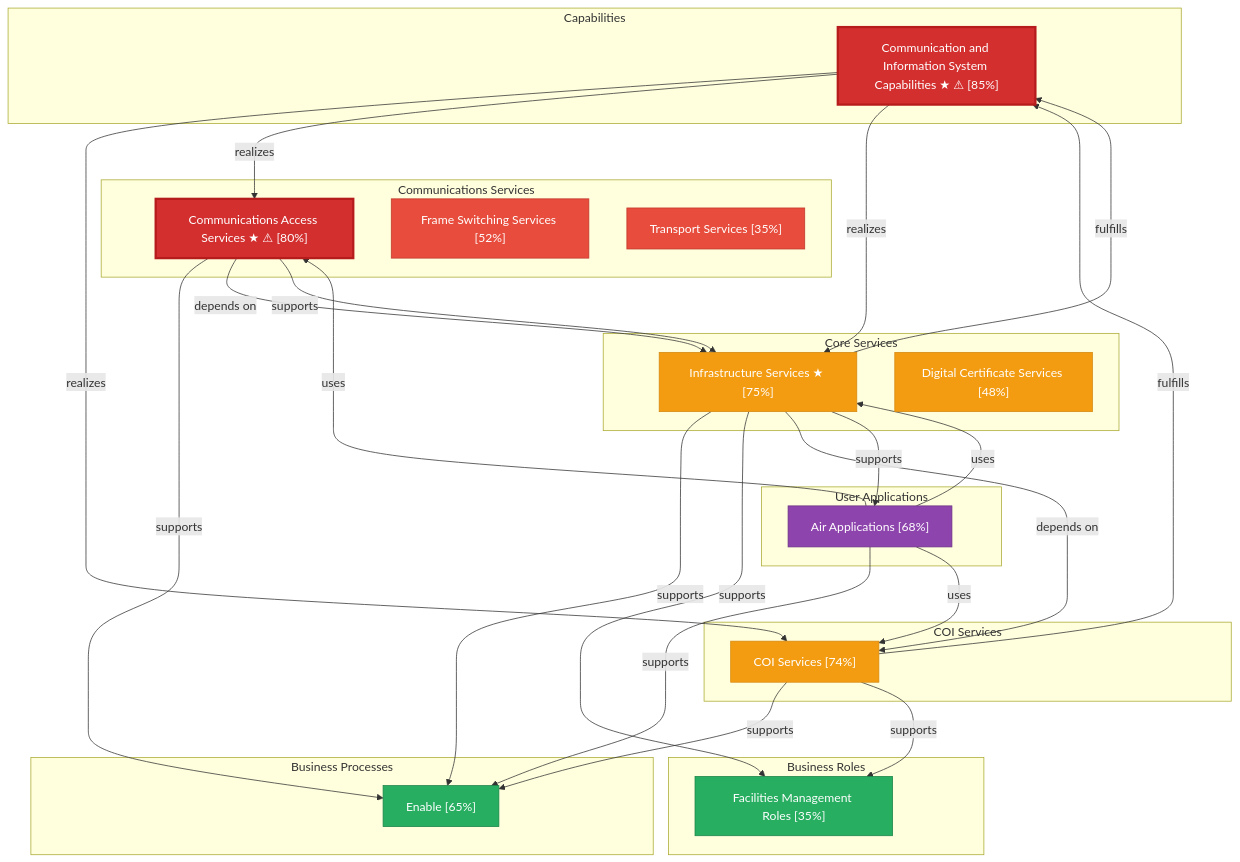
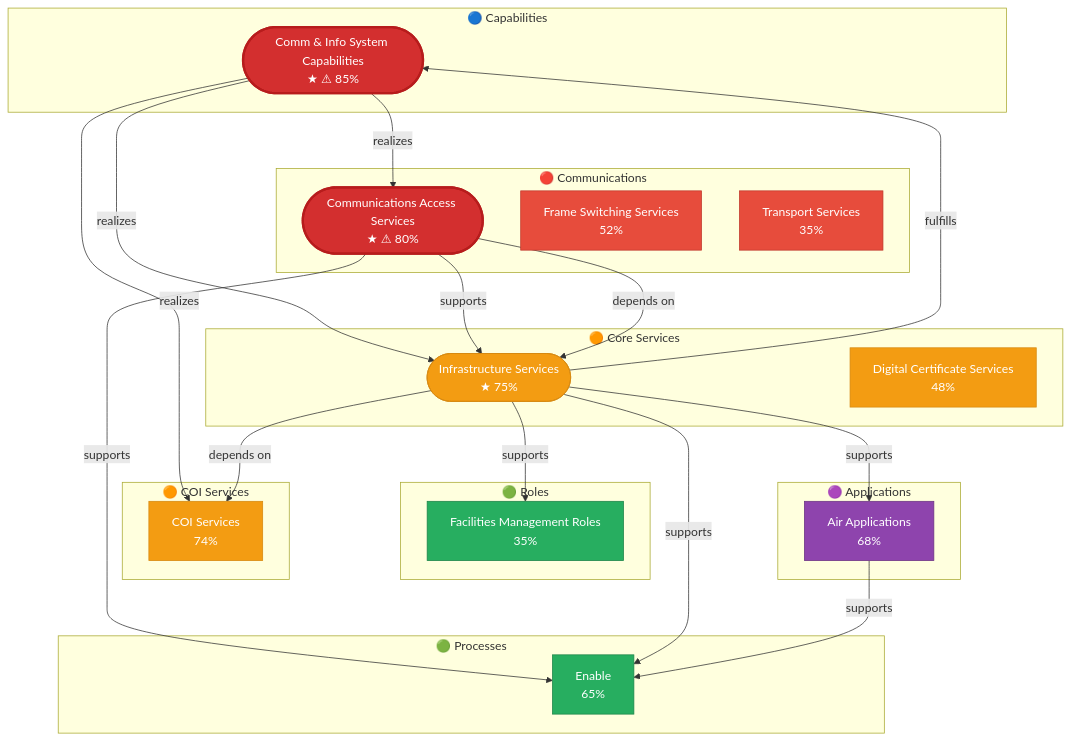
The second of 2 diagrams in README.md (carstenartur/Taxonomy), drawn with Mermaid before and after one commit. The commit also changed other lines of this file and 9 other files, not shown here.

First line of the commit message:
Improve Mermaid showcase visual quality: multi-line labels, stadium shapes, edge limiting, abbreviated subgraph titles

````diff
--- a/README.md
+++ b/README.md
@@ -35,65 +37,59 @@
 ```mermaid
 flowchart TD
-    subgraph Capabilities["Capabilities"]
-        CP_1023["Communication and Information System Capabilities ★ ⚠ [85%]"]
+    subgraph Capabilities["🔵 Capabilities"]
+        CP_1023(["Comm &amp; Info System Capabilities<br/>★ ⚠ 85%"])
     end
-    subgraph Business_Processes["Business Processes"]
-        BP_1327["Enable [65%]"]
+    subgraph Business_Processes["🟢 Processes"]
+        BP_1327["Enable<br/>65%"]
     end
-    subgraph Business_Roles["Business Roles"]
-        BR_1043["Facilities Management Roles [35%]"]
+    subgraph Business_Roles["🟢 Roles"]
+        BR_1043["Facilities Management Roles<br/>35%"]
     end
-    subgraph Core_Services["Core Services"]
-        CR_1047["Infrastructure Services ★ [75%]"]
-        CR_1021["Digital Certificate Services [48%]"]
+    subgraph Core_Services["🟠 Core Services"]
+        CR_1047(["Infrastructure Services<br/>★ 75%"])
+        CR_1021["Digital Certificate Services<br/>48%"]
     end
-    subgraph COI_Services["COI Services"]
-        CI["COI Services [74%]"]
+    subgraph COI_Services["🟠 COI Services"]
+        CI["COI Services<br/>74%"]
     end
-    subgraph User_Applications["User Applications"]
-        UA_1015["Air Applications [68%]"]
+    subgraph User_Applications["🟣 Applications"]
+        UA_1015["Air Applications<br/>68%"]
     end
-    subgraph Communications_Services["Communications Services"]
-        CO_1011["Communications Access Services ★ ⚠ [80%]"]
-        CO_1019["Frame Switching Services [52%]"]
-        CO_1063["Transport Services [35%]"]
+    subgraph Communications_Services["🔴 Communications"]
+        CO_1011(["Communications Access Services<br/>★ ⚠ 80%"])
+        CO_1019["Frame Switching Services<br/>52%"]
+        CO_1063["Transport Services<br/>35%"]
     end
     CP_1023 -->|realizes| CI
     CP_1023 -->|realizes| CO_1011
     CP_1023 -->|realizes| CR_1047
     CO_1011 -->|supports| BP_1327
-    CO_1011 -->|depends on| CR_1047
     CO_1011 -->|supports| CR_1047
     CR_1047 -->|supports| BP_1327
     CR_1047 -->|supports| BR_1043
+    CR_1047 -->|supports| UA_1015
     CR_1047 -->|fulfills| CP_1023
+    UA_1015 -->|supports| BP_1327
+    CO_1011 -->|depends on| CR_1047
     CR_1047 -->|depends on| CI
-    CR_1047 -->|supports| UA_1015
-    UA_1015 -->|supports| BP_1327
-    UA_1015 -->|uses| CI
-    UA_1015 -->|uses| CO_1011
-    UA_1015 -->|uses| CR_1047
-    CI -->|supports| BP_1327
-    CI -->|supports| BR_1043
-    CI -->|fulfills| CP_1023
     classDef cap fill:#4A90D9,color:#fff,stroke:#2171B5
     classDef proc fill:#27AE60,color:#fff,stroke:#1E8449
     classDef role fill:#27AE60,color:#fff,stroke:#1E8449
     classDef svc fill:#F39C12,color:#fff,stroke:#D68910
     classDef app fill:#8E44AD,color:#fff,stroke:#6C3483
     classDef info fill:#3498DB,color:#fff,stroke:#2980B9
     classDef comm fill:#E74C3C,color:#fff,stroke:#C0392B
     classDef hotspot fill:#D32F2F,color:#fff,stroke:#B71C1C,stroke-width:3px
     class CP_1023 cap
     class CP_1023 hotspot
     class BP_1327 proc
     class BR_1043 role
     class CR_1047 svc
     class CR_1021 svc
     class CI svc
     class UA_1015 app
     class CO_1011 comm
     class CO_1011 hotspot
     class CO_1019 comm
     class CO_1063 comm
 ```
````
